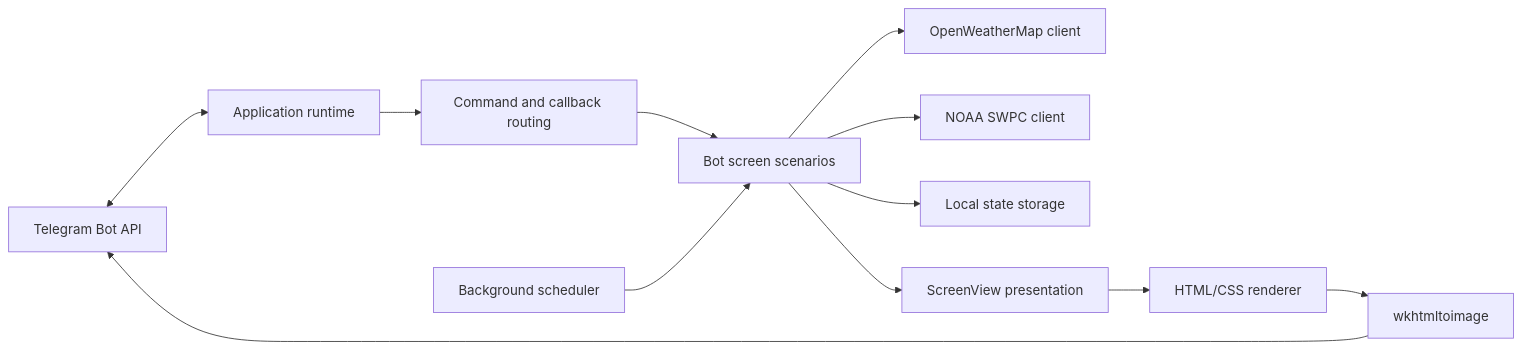
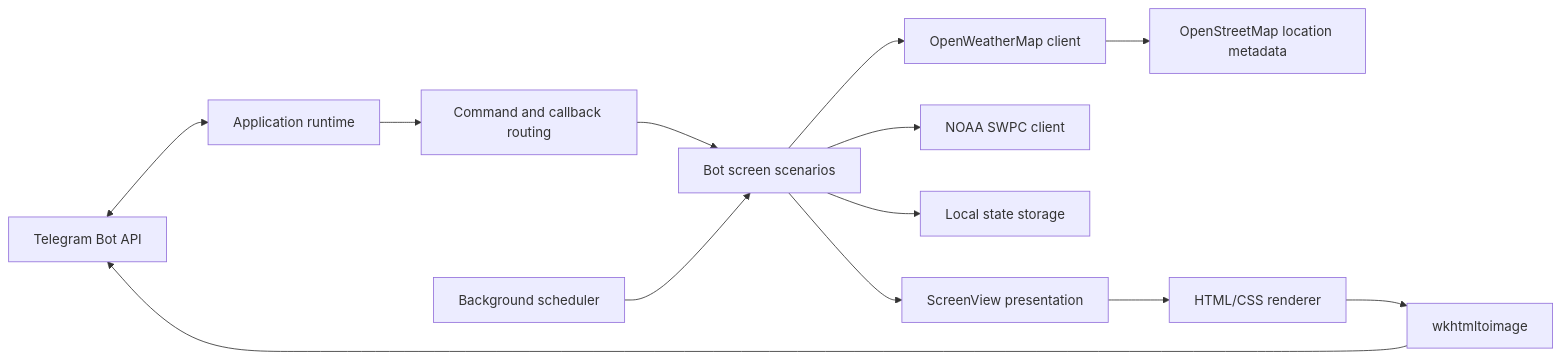
The diagram in README.md (entropia5/magnetic_storm_by), drawn with Mermaid before and after one commit. The commit also changed other lines of this file and 15 other files, not shown here.

````diff
--- a/README.md
+++ b/README.md
@@ -44,16 +47,17 @@
 ```mermaid
 flowchart LR
     Telegram[Telegram Bot API] <--> Runtime[Application runtime]
     Runtime --> Callbacks[Command and callback routing]
     Callbacks --> Screens[Bot screen scenarios]
     Scheduler[Background scheduler] --> Screens
 
     Screens --> Weather[OpenWeatherMap client]
+    Weather --> Places[OpenStreetMap location metadata]
     Screens --> SpaceWeather[NOAA SWPC client]
     Screens --> Storage[Local state storage]
     Screens --> View[ScreenView presentation]
 
     View --> HTML[HTML/CSS renderer]
     HTML --> Image[wkhtmltoimage]
     Image --> Telegram
 ```
````
